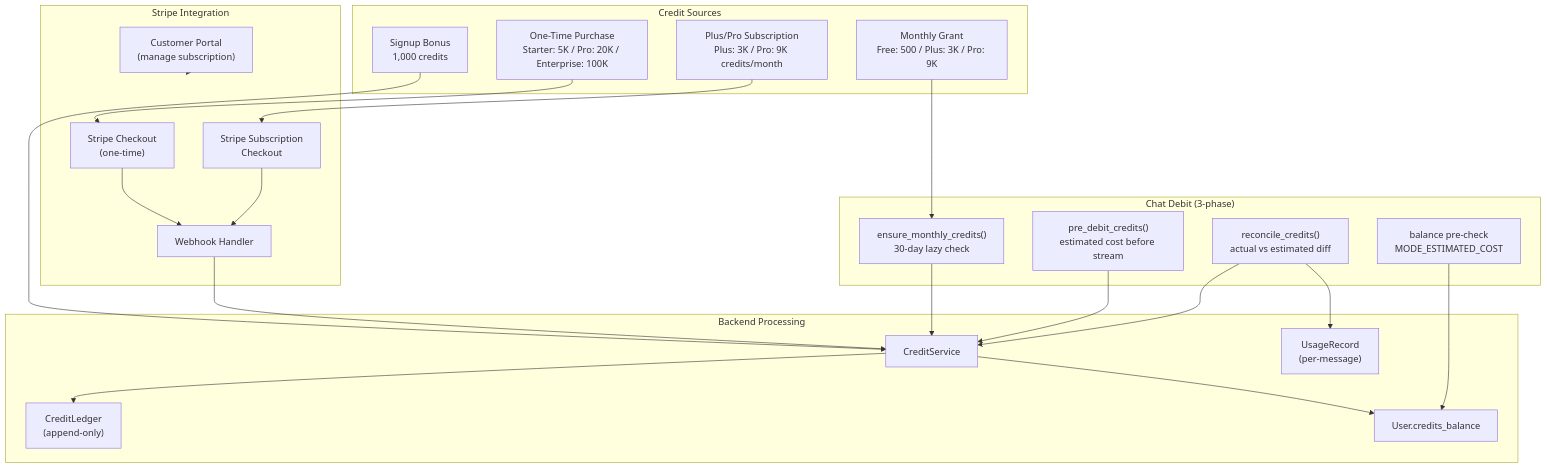
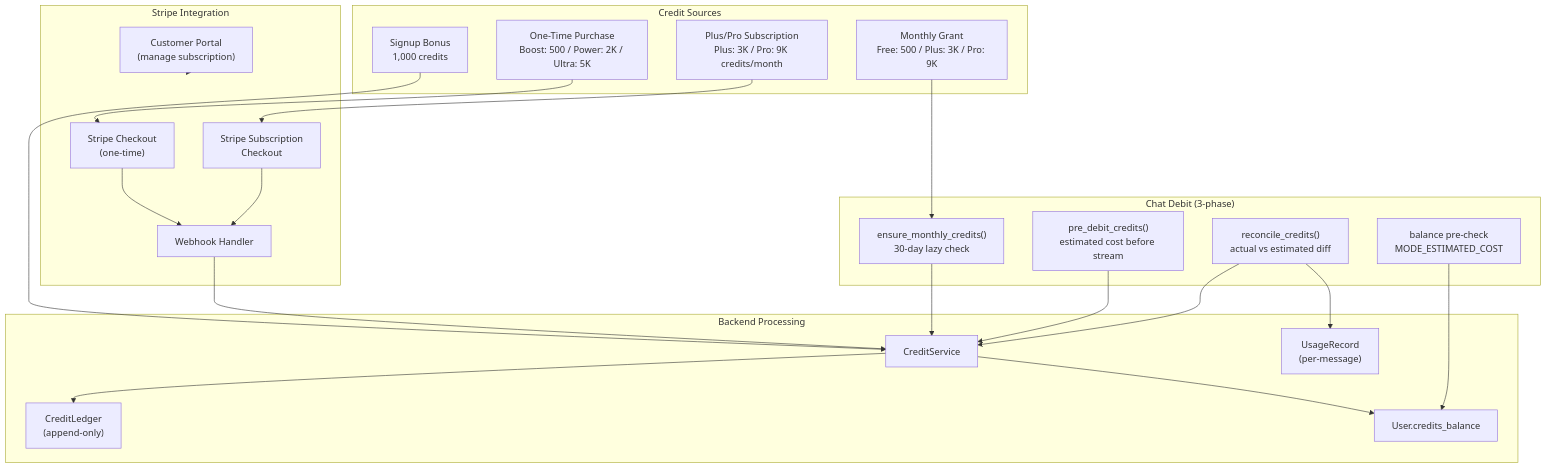
Before and after one commit to Rswcf/DocTalk: the fifth of 8 diagrams in docs/ARCHITECTURE.md, drawn with Mermaid. The commit also changed 19 other files, not shown here.

````diff
--- a/docs/ARCHITECTURE.md
+++ b/docs/ARCHITECTURE.md
@@ -257,45 +257,45 @@
 ```mermaid
 flowchart TB
     subgraph Sources["Credit Sources"]
         Signup["Signup Bonus<br/>1,000 credits"]
         Monthly["Monthly Grant<br/>Free: 500 / Plus: 3K / Pro: 9K"]
-        Purchase["One-Time Purchase<br/>Starter: 5K / Pro: 20K / Enterprise: 100K"]
+        Purchase["One-Time Purchase<br/>Boost: 500 / Power: 2K / Ultra: 5K"]
         Subscription["Plus/Pro Subscription<br/>Plus: 3K / Pro: 9K credits/month"]
     end
 
     subgraph Stripe["Stripe Integration"]
         Checkout["Stripe Checkout<br/>(one-time)"]
         SubCheckout["Stripe Subscription<br/>Checkout"]
         Portal["Customer Portal<br/>(manage subscription)"]
         Webhook["Webhook Handler"]
     end
 
     subgraph Backend["Backend Processing"]
         CreditService["CreditService"]
         Ledger["CreditLedger<br/>(append-only)"]
         Balance["User.credits_balance"]
         UsageRecord["UsageRecord<br/>(per-message)"]
     end
 
     subgraph Chat["Chat Debit (3-phase)"]
         EnsureMonthly["ensure_monthly_credits()<br/>30-day lazy check"]
         PreCheck["balance pre-check<br/>MODE_ESTIMATED_COST"]
         PreDebit["pre_debit_credits()<br/>estimated cost before stream"]
         Reconcile["reconcile_credits()<br/>actual vs estimated diff"]
     end
 
     Signup --> CreditService
     Monthly --> EnsureMonthly
     Purchase --> Checkout --> Webhook --> CreditService
     Subscription --> SubCheckout --> Webhook
     Portal --> Stripe
 
     CreditService --> Ledger
     CreditService --> Balance
 
     EnsureMonthly --> CreditService
     PreCheck --> Balance
     PreDebit --> CreditService
     Reconcile --> CreditService
     Reconcile --> UsageRecord
 ```
````
